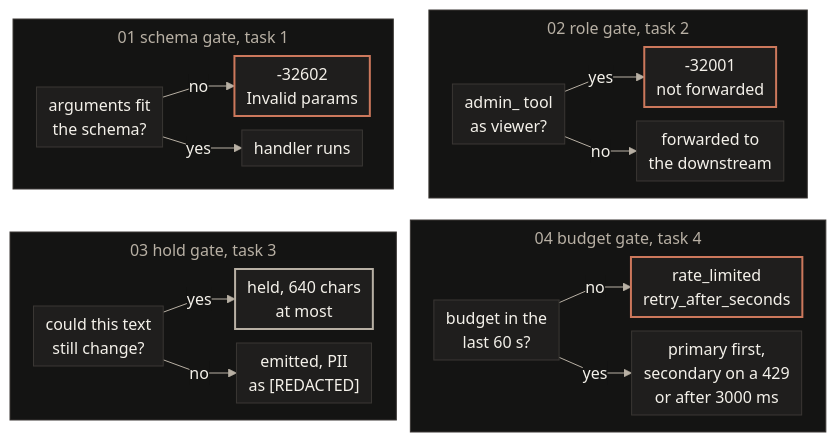
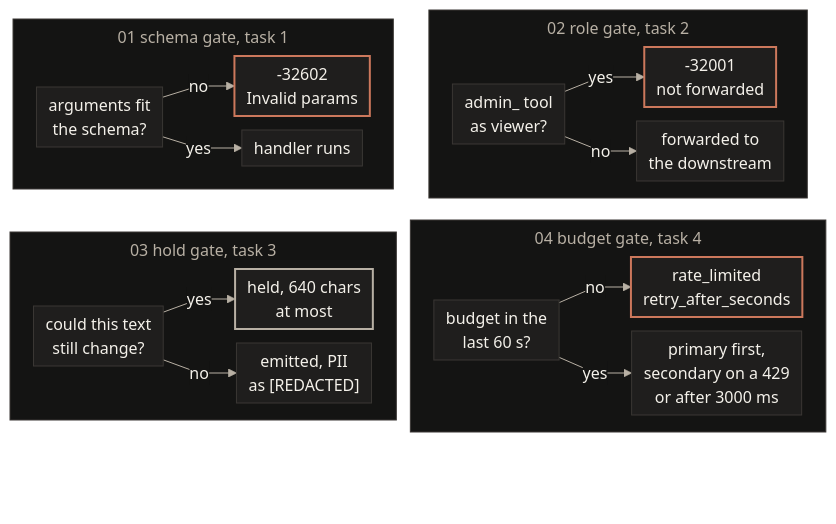
The diagram in README.md (jameswniu/quilr-fde-assessment), drawn with Mermaid before and after one commit. The commit also changed 1 other file, not shown here.

Commit message:
Keep the last mermaid lane clear of GitHub's zoom control

````diff
--- a/README.md
+++ b/README.md
@@ -142,30 +142,35 @@
 ```mermaid
 %%{init: {"theme": "base", "themeVariables": {"primaryColor": "#1F1E1D", "primaryTextColor": "#F4F1EA", "primaryBorderColor": "#3A3734", "lineColor": "#B8B0A4", "textColor": "#F4F1EA", "clusterBkg": "#141413", "clusterBorder": "#3A3734", "titleColor": "#B8B0A4", "edgeLabelBackground": "#141413", "fontSize": "16px"}, "flowchart": {"curve": "linear", "nodeSpacing": 14, "rankSpacing": 22, "padding": 6, "diagramPadding": 8, "subGraphTitleMargin": {"top": 6, "bottom": 14}}}}%%
 flowchart TB
   subgraph S2["02 role gate, task 2"]
     direction LR
     B2["admin_ tool<br/>as viewer?"] -- yes --> B3["-32001<br/>not forwarded"]
     B2 -- no --> B4["forwarded to<br/>the downstream"]
   end
   subgraph S1["01 schema gate, task 1"]
     direction LR
     A2["arguments fit<br/>the schema?"] -- no --> A3["-32602<br/>Invalid params"]
     A2 -- yes --> A4["handler runs"]
   end
   subgraph S4["04 budget gate, task 4"]
     direction LR
     D2["budget in the<br/>last 60 s?"] -- no --> D3["rate_limited<br/>retry_after_seconds"]
     D2 -- yes --> D4["primary first,<br/>secondary on a 429<br/>or after 3000 ms"]
   end
   subgraph S3["03 hold gate, task 3"]
     direction LR
     C2["could this text<br/>still change?"] -- yes --> C3["held, 640 chars<br/>at most"]
     C2 -- no --> C4["emitted, PII<br/>as [REDACTED]"]
   end
   S1 ~~~ S3
   S2 ~~~ S4
+  Z["<br/><br/>"]
+  S3 ~~~ Z
+  S4 ~~~ Z
   classDef stop fill:#1F1E1D,stroke:#CC785C,stroke-width:2px,color:#F4F1EA
   classDef hold fill:#1F1E1D,stroke:#B8B0A4,stroke-width:2px,color:#F4F1EA
   class A3,B3,D3 stop
   class C3 hold
+  classDef spacer fill:none,stroke:none,color:transparent
+  class Z spacer
 ```
````
